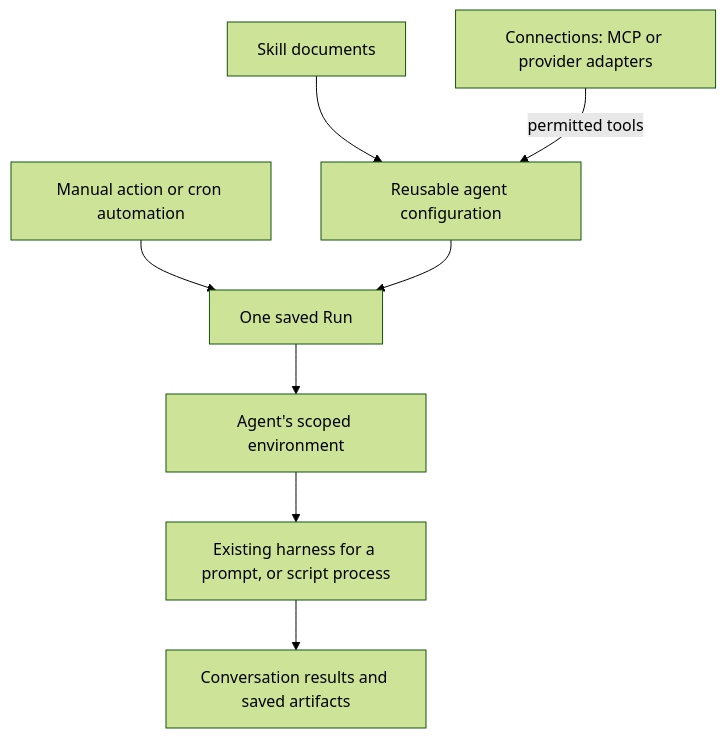
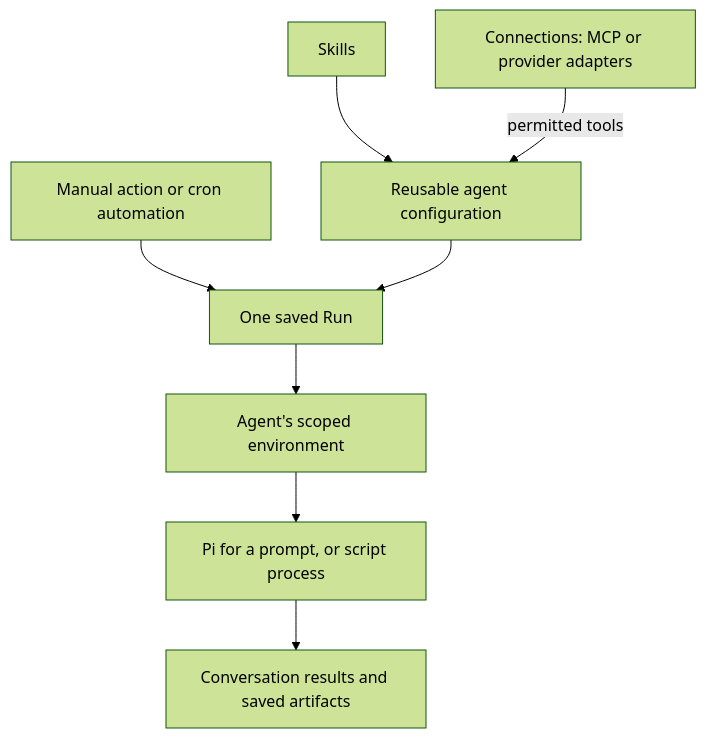
The third of 10 diagrams in docs/otto/plan.md (hellogafaro/otto), drawn with Mermaid (forest theme) before and after one commit. The commit also changed other lines of this file and 136 other files, not shown here.

````diff
--- a/docs/otto/plan.md
+++ b/docs/otto/plan.md
@@ -95,10 +99,10 @@
 ```mermaid
 flowchart TB
-  S[Skill documents] --> A[Reusable agent configuration]
+  S[Skills] --> A[Reusable agent configuration]
   C[Connections: MCP or provider adapters] -->|permitted tools| A
   X[Manual action or cron automation] --> R[One saved Run]
   A --> R
   R --> E[Agent's scoped environment]
-  E --> H[Existing harness for a prompt, or script process]
+  E --> H[Pi for a prompt, or script process]
   H --> O[Conversation results and saved artifacts]
 ```
````
